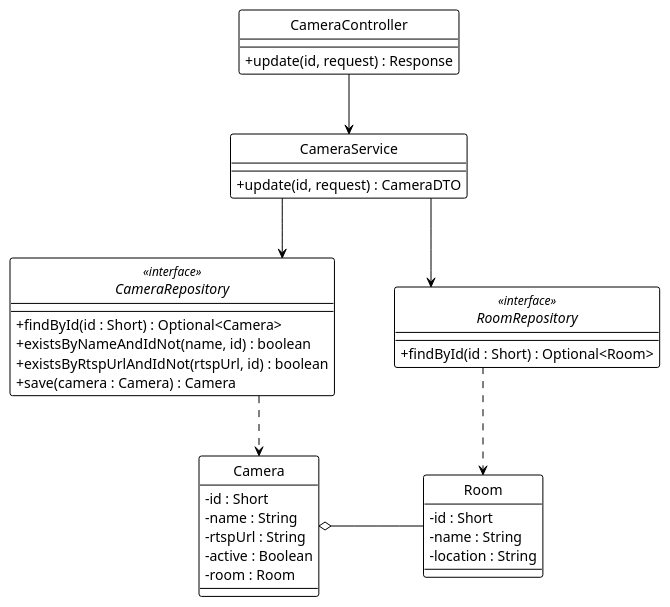
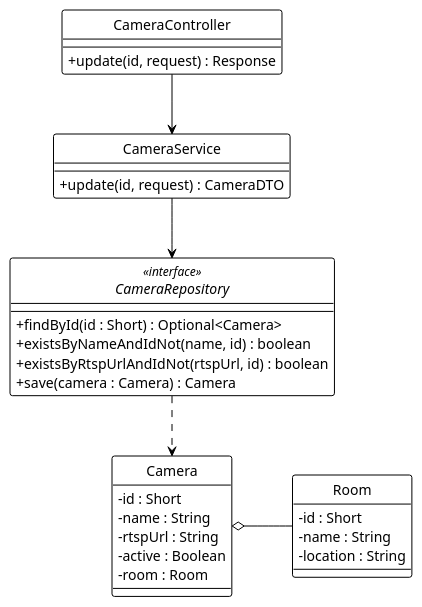
Before and after one commit to Ndh474/context: the diagram in system_detailed_design/64_update_camera/class_diagram_update_camera.puml, drawn with PlantUML. The commit also changed 14 other files, not shown here.

```diff
--- a/system_detailed_design/64_update_camera/class_diagram_update_camera.puml
+++ b/system_detailed_design/64_update_camera/class_diagram_update_camera.puml
@@ -1,60 +1,54 @@
 @startuml update_camera
 !theme plain
 hide circle
 skinparam classAttributeIconSize 0
 
 ' --- CẤU HÌNH "ORTHO" (BẮT BUỘC) ---
 skinparam linetype ortho
 skinparam nodesep 60
 skinparam ranksep 60
 
 ' --- CONTROLLER ---
 class CameraController {
   + update(id, request) : Response
 }
 
 ' --- SERVICE ---
 class CameraService {
   + update(id, request) : CameraDTO
 }
 
 ' --- REPOSITORY ---
 interface CameraRepository <<interface>> {
   + findById(id : Short) : Optional<Camera>
   + existsByNameAndIdNot(name, id) : boolean
   + existsByRtspUrlAndIdNot(rtspUrl, id) : boolean
   + save(camera : Camera) : Camera
 }
 
-interface RoomRepository <<interface>> {
-  + findById(id : Short) : Optional<Room>
-}
-
 ' --- ENTITIES ---
 class Camera {
   - id : Short
   - name : String
   - rtspUrl : String
   - active : Boolean
   - room : Room
 }
 
 class Room {
   - id : Short
   - name : String
   - location : String
 }
 
 ' --- DEPENDENCY INJECTION (Association) ---
 CameraController -down-> CameraService
 CameraService -down-> CameraRepository
-CameraService -down-> RoomRepository
 
 ' --- REPOSITORY USAGE (Dependency) ---
 CameraRepository .down.> Camera
-RoomRepository .down.> Room
 
 ' --- ENTITY RELATIONSHIPS (Aggregation) ---
 Camera o-right- Room
 
 @enduml
```
